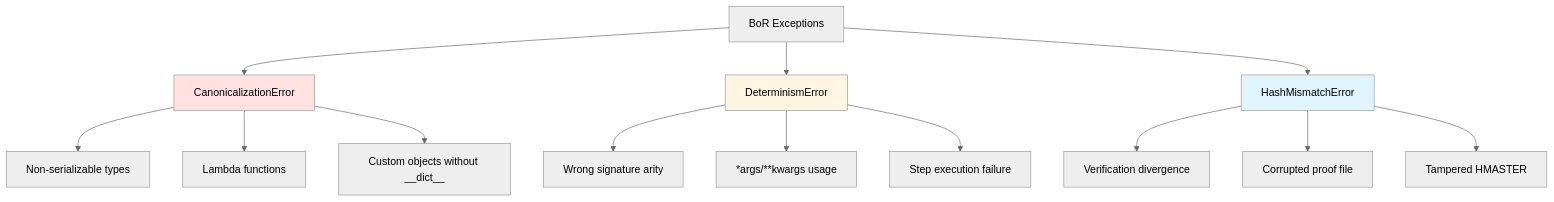
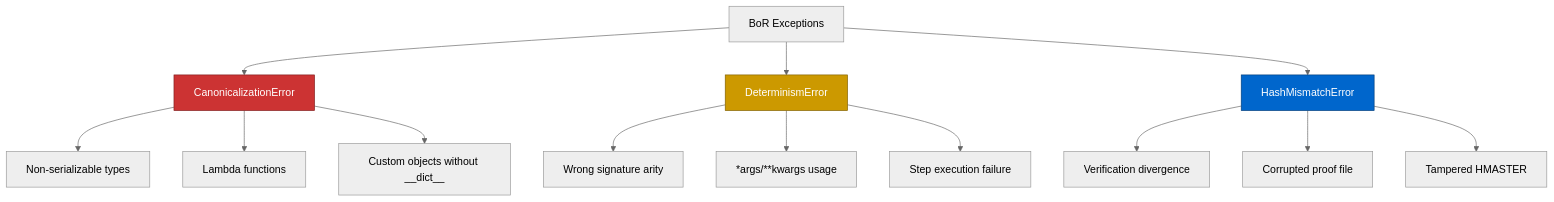
The fourth of 10 diagrams in docs/BoR_Execution_Trace_Report.md (kushagrab21/BOR-SDK), drawn with Mermaid (neutral theme) before and after one commit. The commit also changed other lines of this file, not shown here.

Commit message:
Fix Mermaid diagram colors: darker fills with white text for better visibility

````diff
--- a/docs/BoR_Execution_Trace_Report.md
+++ b/docs/BoR_Execution_Trace_Report.md
@@ -607,22 +607,22 @@
 ```mermaid
 graph TD
     A[BoR Exceptions] --> B[CanonicalizationError]
     A --> C[DeterminismError]
     A --> D[HashMismatchError]
     
     B --> B1["Non-serializable types"]
     B --> B2["Lambda functions"]
     B --> B3["Custom objects without __dict__"]
     
     C --> C1["Wrong signature arity"]
     C --> C2["*args/**kwargs usage"]
     C --> C3["Step execution failure"]
     
     D --> D1["Verification divergence"]
     D --> D2["Corrupted proof file"]
     D --> D3["Tampered HMASTER"]
     
-    style B fill:#ffe1e1
-    style C fill:#fff5e1
-    style D fill:#e1f5ff
+    style B fill:#cc3333,stroke:#801f1f,color:#fff
+    style C fill:#cc9900,stroke:#806000,color:#fff
+    style D fill:#0066cc,stroke:#003d7a,color:#fff
 ```
````
